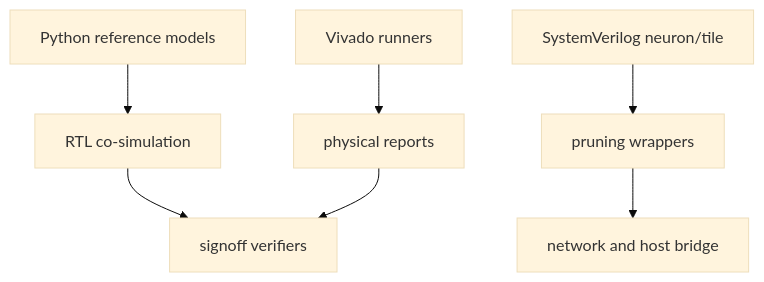
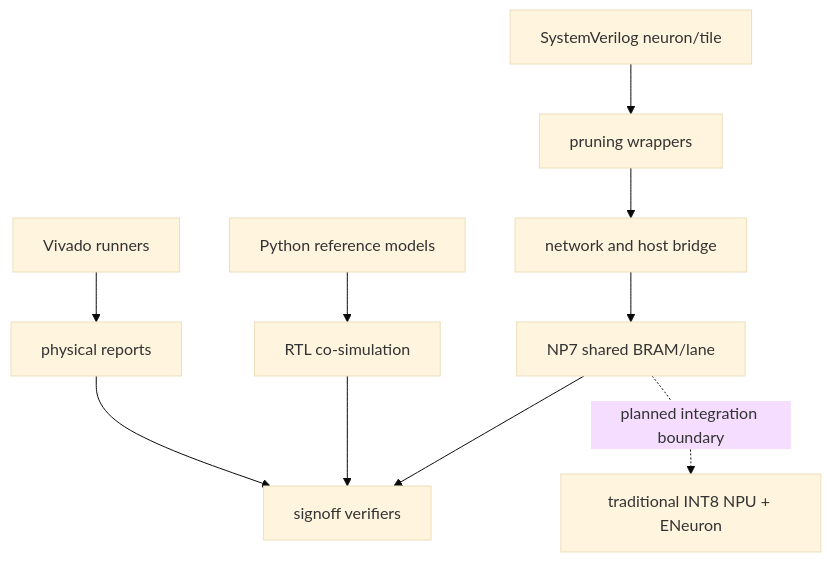
The diagram in .nexus-map/arch/dependencies.md (Epslion404/ENeuron), drawn with Mermaid (base theme) before and after one commit. The commit also changed other lines of this file and 8 other files, not shown here.

Commit message:
docs: refresh nexus for npu integration gate

````diff
--- a/.nexus-map/arch/dependencies.md
+++ b/.nexus-map/arch/dependencies.md
@@ -7,9 +7,12 @@
 ```mermaid
 graph TD
   ref[Python reference models] --> cosim[RTL co-simulation]
   rtl[SystemVerilog neuron/tile] --> wrap[pruning wrappers]
   wrap --> net[network and host bridge]
+  net --> np7[NP7 shared BRAM/lane]
+  np7 --> verify[signoff verifiers]
   cosim --> verify[signoff verifiers]
   vivado[Vivado runners] --> reports[physical reports]
   reports --> verify
+  np7 -. planned integration boundary .-> npu[traditional INT8 NPU + ENeuron]
 ```
````
